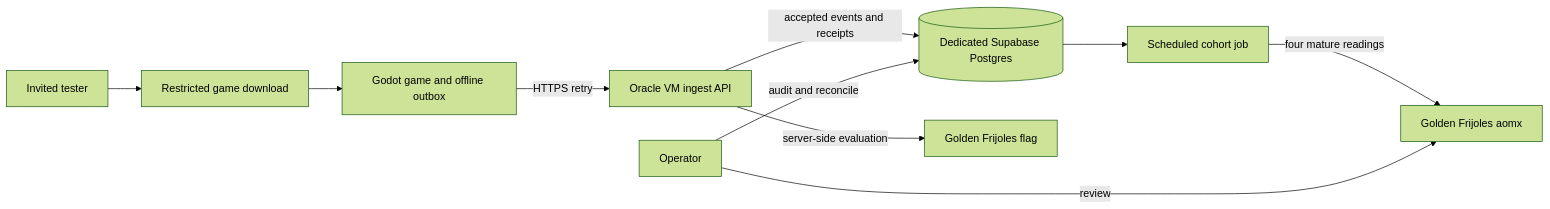
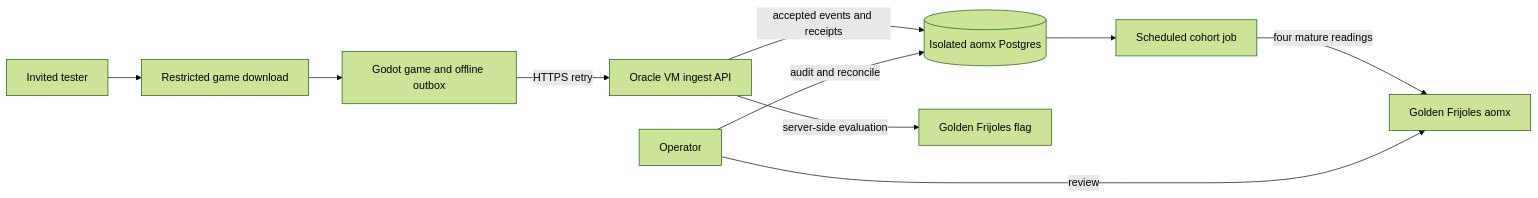
The first of 2 diagrams in Roadmap/00-ideas/seeds/enable-measured-private-alpha.md (danybgoode/aomx), drawn with Mermaid (forest theme) before and after one commit. The commit also changed other lines of this file and 47 other files, not shown here.

````diff
--- a/Roadmap/00-ideas/seeds/enable-measured-private-alpha.md
+++ b/Roadmap/00-ideas/seeds/enable-measured-private-alpha.md
@@ -106,12 +106,12 @@
 ```mermaid
 flowchart LR
   T[Invited tester] --> I[Restricted game download]
   I --> G[Godot game and offline outbox]
   G -->|HTTPS retry| A[Oracle VM ingest API]
-  A -->|accepted events and receipts| P[(Dedicated Supabase Postgres)]
+  A -->|accepted events and receipts| P[(Isolated aomx Postgres)]
   A -->|server-side evaluation| F[Golden Frijoles flag]
   P --> C[Scheduled cohort job]
   C -->|four mature readings| M[Golden Frijoles aomx]
   O[Operator] -->|audit and reconcile| P
   O -->|review| M
 ```
````
